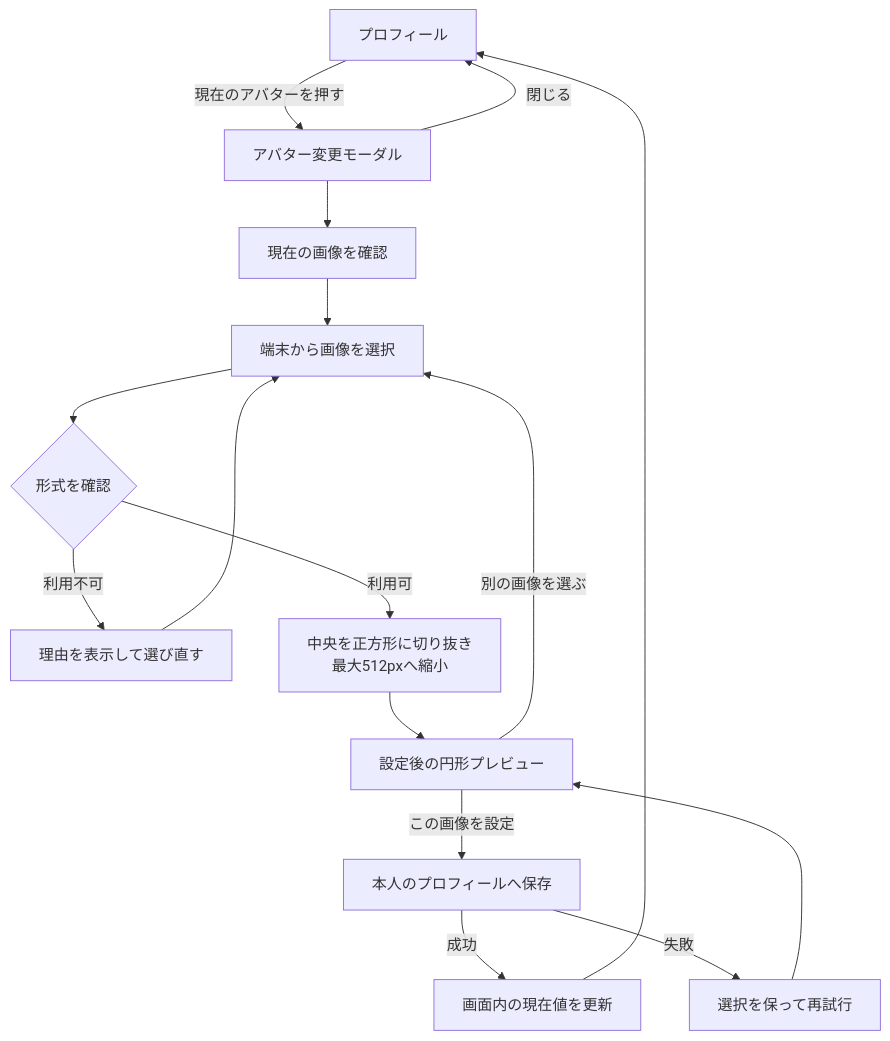
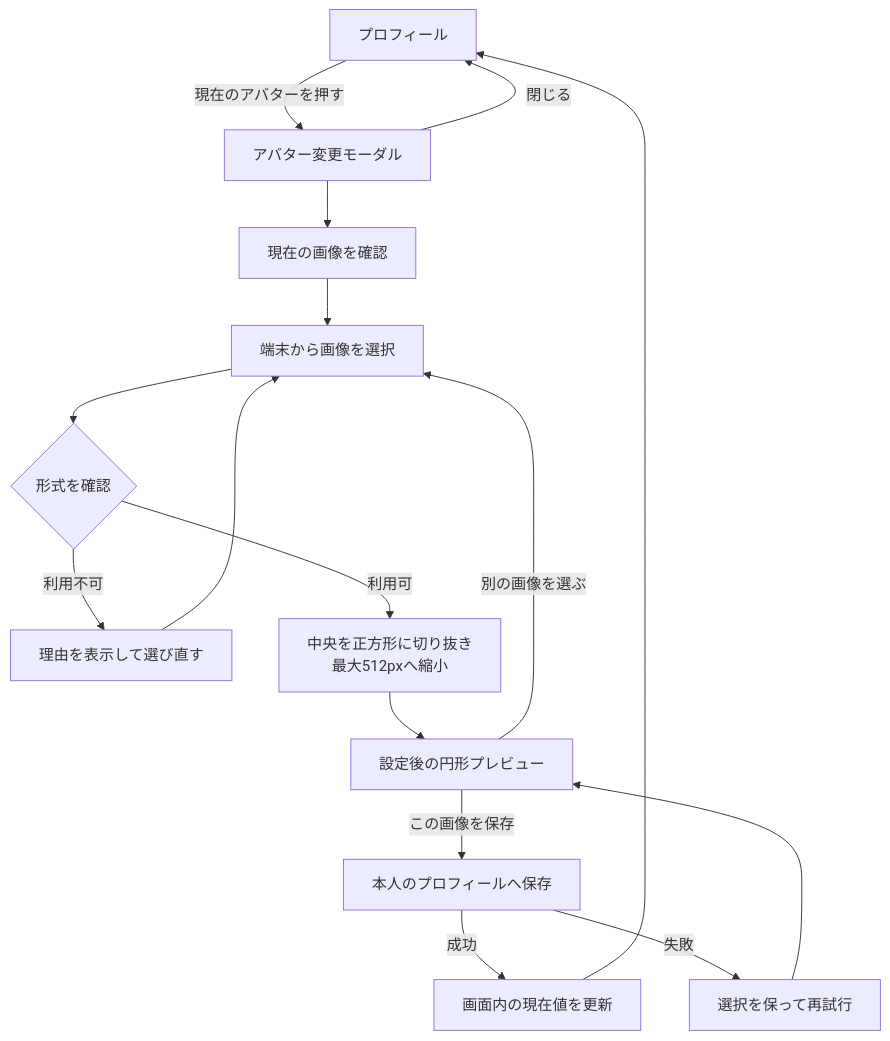
Before and after one commit to kkyosuke/me-builder: the first of 2 diagrams in docs/product/avatar-experience.md, drawn with Mermaid. The commit also changed other lines of this file and 4 other files, not shown here.

````diff
--- a/docs/product/avatar-experience.md
+++ b/docs/product/avatar-experience.md
@@ -54,18 +54,18 @@
 ```mermaid
 flowchart TD
     P[プロフィール] -->|現在のアバターを押す| M[アバター変更モーダル]
     M --> C[現在の画像を確認]
     C --> F[端末から画像を選択]
     F --> V{形式を確認}
     V -->|利用不可| E[理由を表示して選び直す]
     E --> F
     V -->|利用可| N[中央を正方形に切り抜き<br/>最大512pxへ縮小]
     N --> R[設定後の円形プレビュー]
     R -->|別の画像を選ぶ| F
-    R -->|この画像を設定| S[本人のプロフィールへ保存]
+    R -->|この画像を保存| S[本人のプロフィールへ保存]
     S -->|成功| U[画面内の現在値を更新]
     U --> P
     S -->|失敗| X[選択を保って再試行]
     X --> R
     M -->|閉じる| P
 ```
````
